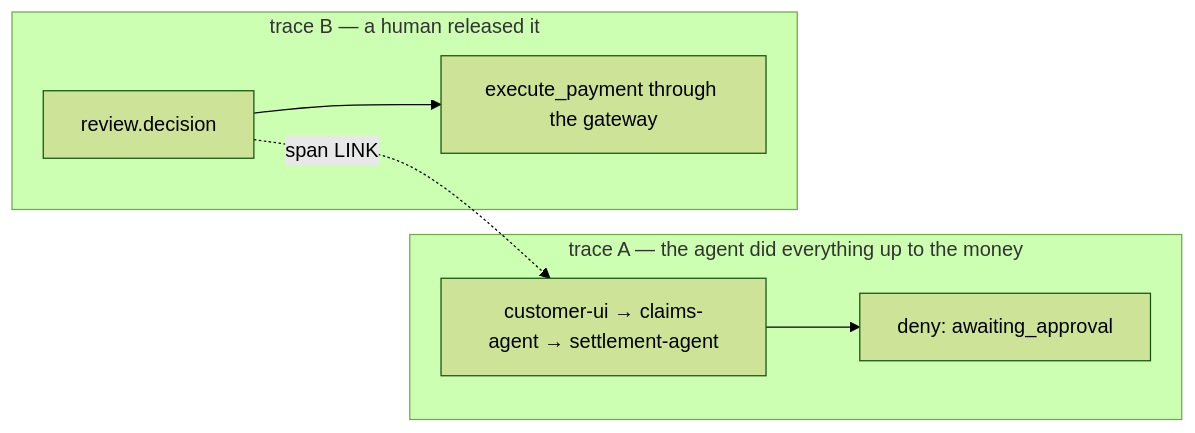
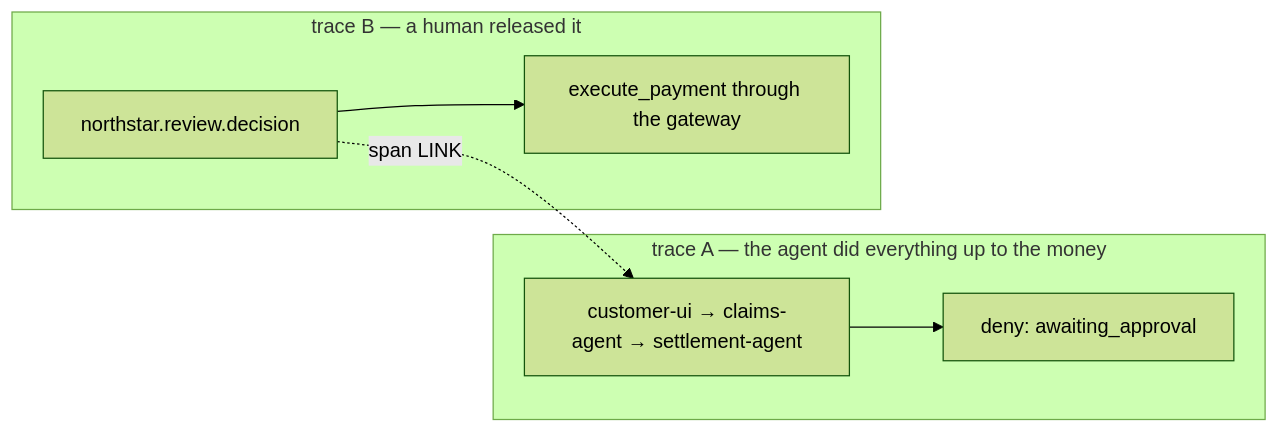
The fourth of 4 diagrams in docs/demo-runbook.md (kaspernissen/aip-demo), drawn with Mermaid (forest theme) before and after one commit. The commit also changed other lines of this file and 43 other files, not shown here.

Commit message:
feat(m9): the demo reads Jaeger, not OpenSearch; docs and deck use the registry names, a published-schema slide, live-check limits documented

```diff
--- a/docs/demo-runbook.md
+++ b/docs/demo-runbook.md
@@ -987,10 +1022,10 @@
 <pre class="mermaid">
 flowchart LR
     subgraph A["trace A — the agent did everything up to the money"]
         a1["customer-ui → claims-agent → settlement-agent"] --> a2["deny: awaiting_approval"]
     end
     subgraph B["trace B — a human released it"]
-        b1["review.decision"] --> b2["execute_payment through the gateway"]
+        b1["northstar.review.decision"] --> b2["execute_payment through the gateway"]
     end
     b1 -.->|"span LINK"| a1
 </pre>
```
